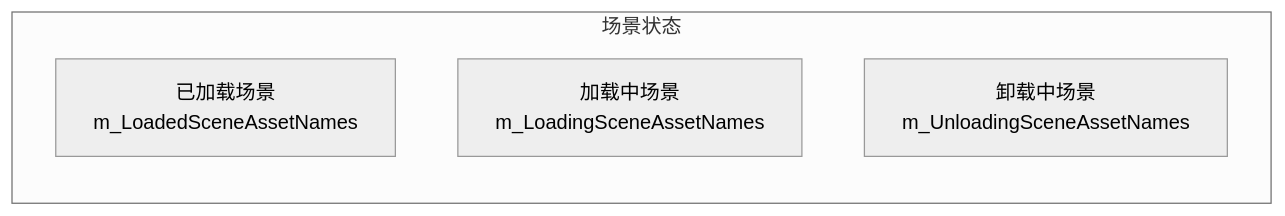
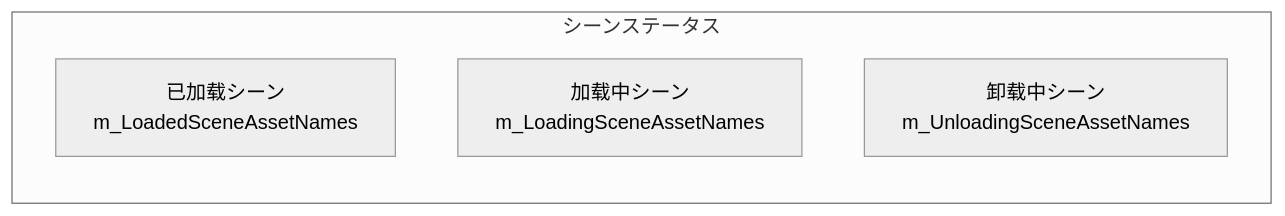
The second of 5 diagrams in docs/ja/client/unity/component/scene/04.features.md (AlianBlank/GameFrameX.Docs), drawn with Mermaid (neutral theme) before and after one commit. The commit also changed other lines of this file and 603 other files, not shown here.

````diff
--- a/docs/ja/client/unity/component/scene/04.features.md
+++ b/docs/ja/client/unity/component/scene/04.features.md
@@ -45,8 +45,8 @@
 ```mermaid
 flowchart LR
-    subgraph SceneState["场景状态"]
-        Loaded["已加载场景<br/>m_LoadedSceneAssetNames"]
-        Loading["加载中场景<br/>m_LoadingSceneAssetNames"]
-        Unloading["卸载中场景<br/>m_UnloadingSceneAssetNames"]
+    subgraph SceneState["シーンステータス"]
+        Loaded["已加载シーン<br/>m_LoadedSceneAssetNames"]
+        Loading["加载中シーン<br/>m_LoadingSceneAssetNames"]
+        Unloading["卸载中シーン<br/>m_UnloadingSceneAssetNames"]
     end
 ```
````
